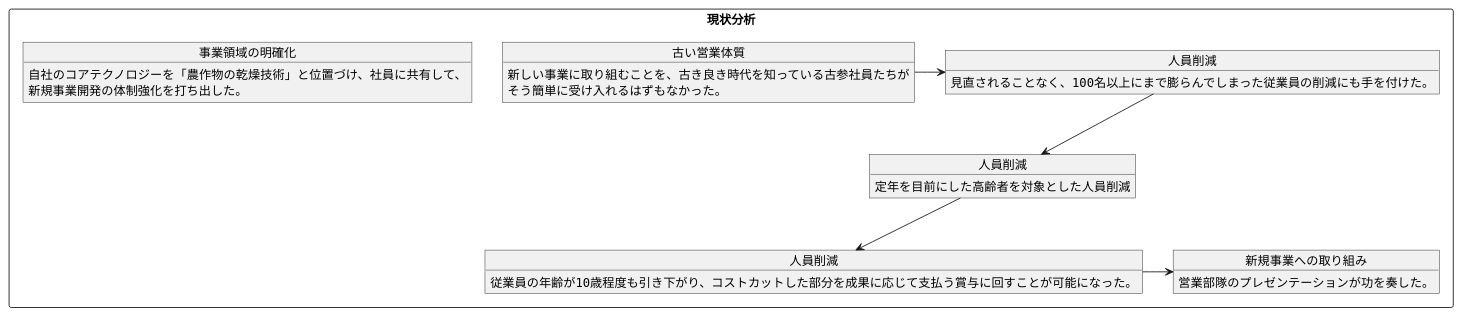
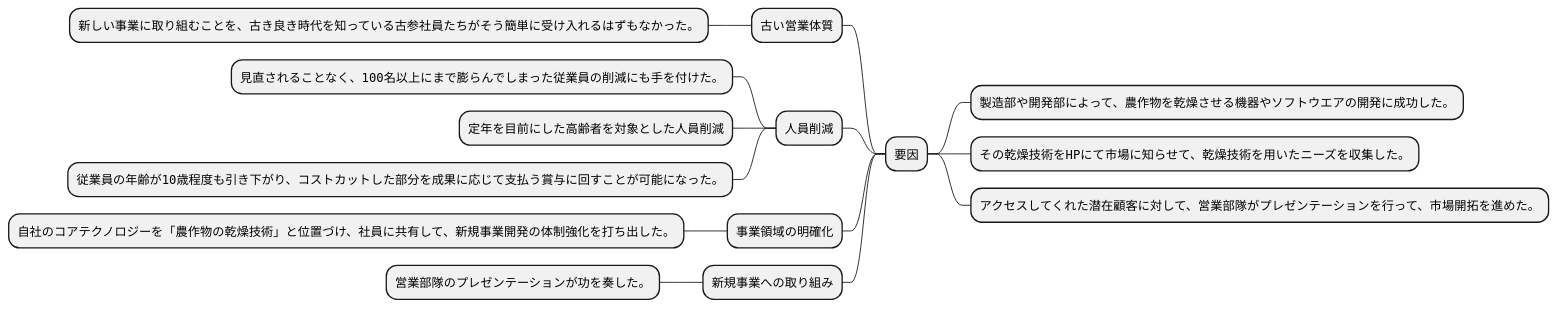
The fourth of 5 diagrams in docs/case/study/R01/r01_case_1_study_0.adoc (k2works/case-study-business-analysis), drawn with PlantUML before and after one commit. The commit also changed other lines of this file, not shown here.

```diff
--- a/docs/case/study/R01/r01_case_1_study_0.adoc
+++ b/docs/case/study/R01/r01_case_1_study_0.adoc
@@ -271,39 +161,21 @@
 [plantuml]
 ----
-@startuml
+@startmindmap
 
-rectangle "現状分析" as X_1 {
-    object "事業領域の明確化" as A_1 {
-    自社のコアテクノロジーを「農作物の乾燥技術」と位置づけ、社員に共有して、
-    新規事業開発の体制強化を打ち出した。
-    }
+* 要因
+** 製造部や開発部によって、農作物を乾燥させる機器やソフトウエアの開発に成功した。
+** その乾燥技術をHPにて市場に知らせて、乾燥技術を用いたニーズを収集した。
+** アクセスしてくれた潜在顧客に対して、営業部隊がプレゼンテーションを行って、市場開拓を進めた。
+-- 古い営業体質
+--- 新しい事業に取り組むことを、古き良き時代を知っている古参社員たちがそう簡単に受け入れるはずもなかった。
+-- 人員削減
+--- 見直されることなく、100名以上にまで膨らんでしまった従業員の削減にも手を付けた。
+--- 定年を目前にした高齢者を対象とした人員削減
+--- 従業員の年齢が10歳程度も引き下がり、コストカットした部分を成果に応じて支払う賞与に回すことが可能になった。
+-- 事業領域の明確化
+--- 自社のコアテクノロジーを「農作物の乾燥技術」と位置づけ、社員に共有して、新規事業開発の体制強化を打ち出した。
+-- 新規事業への取り組み
+--- 営業部隊のプレゼンテーションが功を奏した。
 
-    object "古い営業体質" as A_2 {
-    新しい事業に取り組むことを、古き良き時代を知っている古参社員たちが
-    そう簡単に受け入れるはずもなかった。
-    }
-
-    object "人員削減" as A_3 {
-    見直されることなく、100名以上にまで膨らんでしまった従業員の削減にも手を付けた。
-    }
-
-    object "人員削減" as A_4 {
-    定年を目前にした高齢者を対象とした人員削減
-    }
-
-    object "人員削減" as A_5 {
-    従業員の年齢が10歳程度も引き下がり、コストカットした部分を成果に応じて支払う賞与に回すことが可能になった。
-    }
-
-    object "新規事業への取り組み" as A_6 {
-    営業部隊のプレゼンテーションが功を奏した。
-    }
-
-    A_2 -> A_3
-    A_3 --> A_4
-    A_4 --> A_5
-    A_5 -> A_6
-}
-
-@enduml
+@endmindmap
 ----
```
